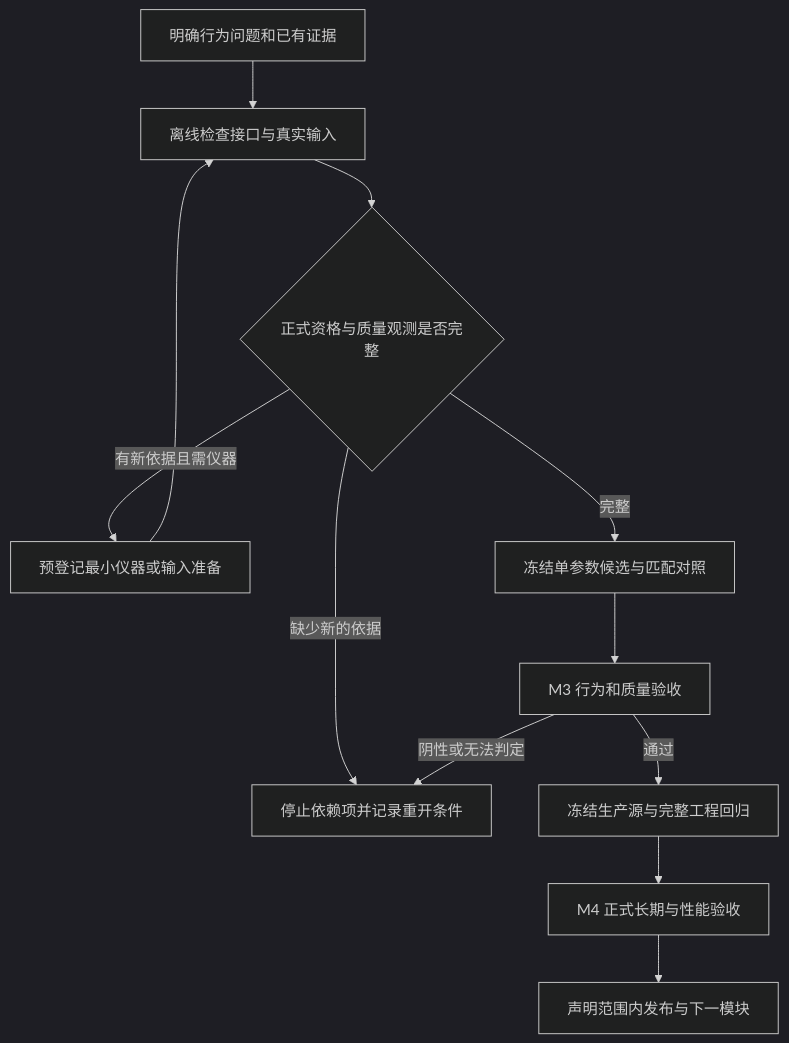
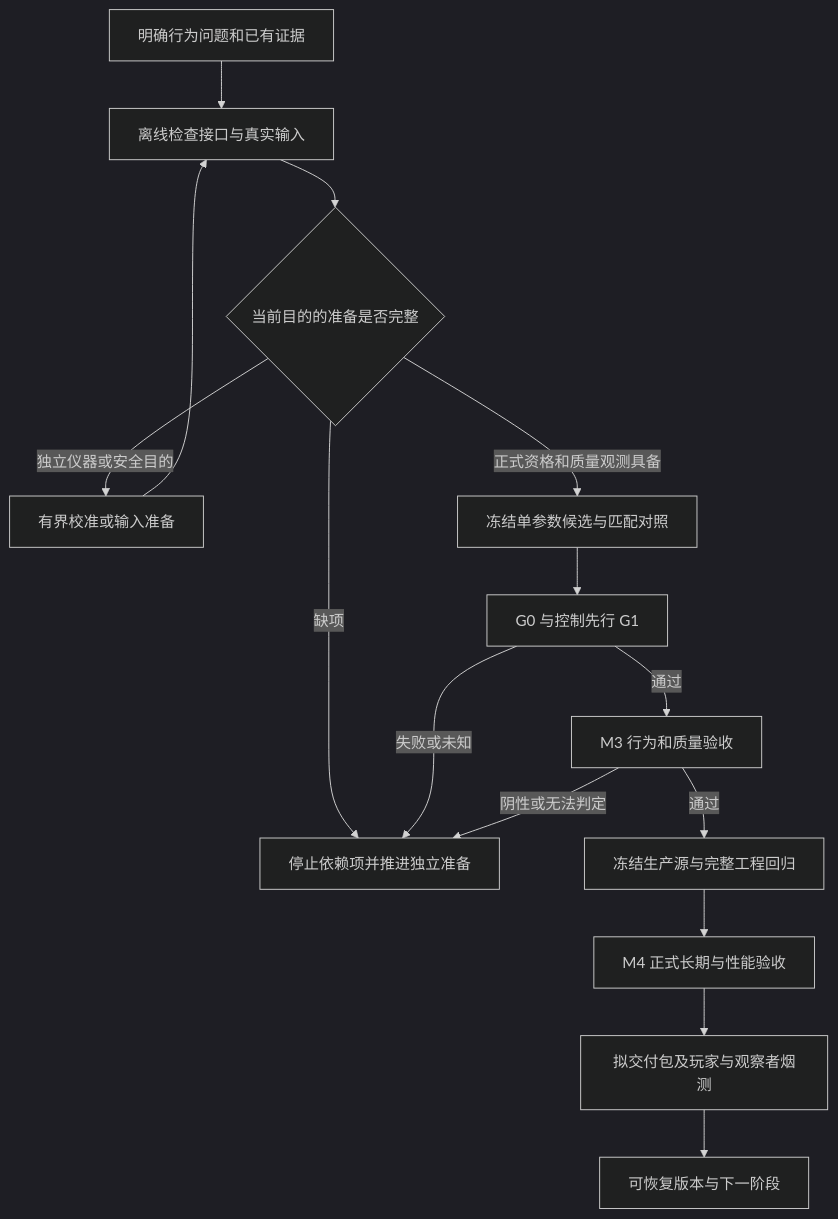
One commit to AomaYple/Situated-AI changed the diagram in docs/design/exec/速度优化计划-正确性优先.md. Above: the diagram before and after it, drawn with Mermaid (dark theme). The commit also changed other lines of this file and 19 other files, not shown here.

````diff
--- a/docs/design/exec/速度优化计划-正确性优先.md
+++ b/docs/design/exec/速度优化计划-正确性优先.md
@@ -118,14 +122,17 @@
 ```mermaid
 flowchart TD
     A[明确行为问题和已有证据] --> B[离线检查接口与真实输入]
-    B --> C{正式资格与质量观测是否完整}
-    C -->|缺少新的依据| D[停止依赖项并记录重开条件]
-    C -->|有新依据且需仪器| E[预登记最小仪器或输入准备]
+    B --> C{当前目的的准备是否完整}
+    C -->|缺项| D[停止依赖项并推进独立准备]
+    C -->|独立仪器或安全目的| E[有界校准或输入准备]
     E --> B
-    C -->|完整| F[冻结单参数候选与匹配对照]
-    F --> G[M3 行为和质量验收]
+    C -->|正式资格和质量观测具备| F[冻结单参数候选与匹配对照]
+    F --> P[G0 与控制先行 G1]
+    P -->|通过| G[M3 行为和质量验收]
+    P -->|失败或未知| D
     G -->|通过| H[冻结生产源与完整工程回归]
     G -->|阴性或无法判定| D
     H --> I[M4 正式长期与性能验收]
-    I --> J[声明范围内发布与下一模块]
+    I --> J[拟交付包及玩家与观察者烟测]
+    J --> K[可恢复版本与下一阶段]
 ```
````
